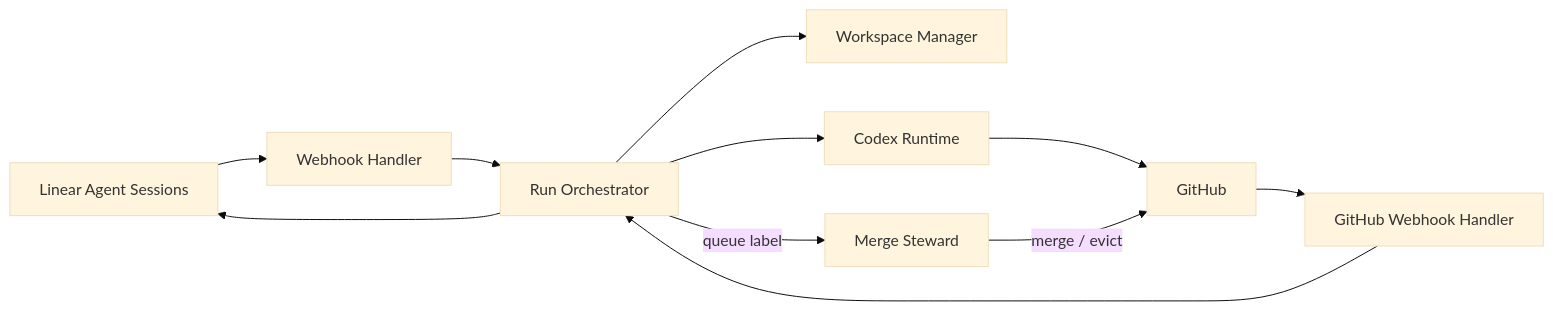
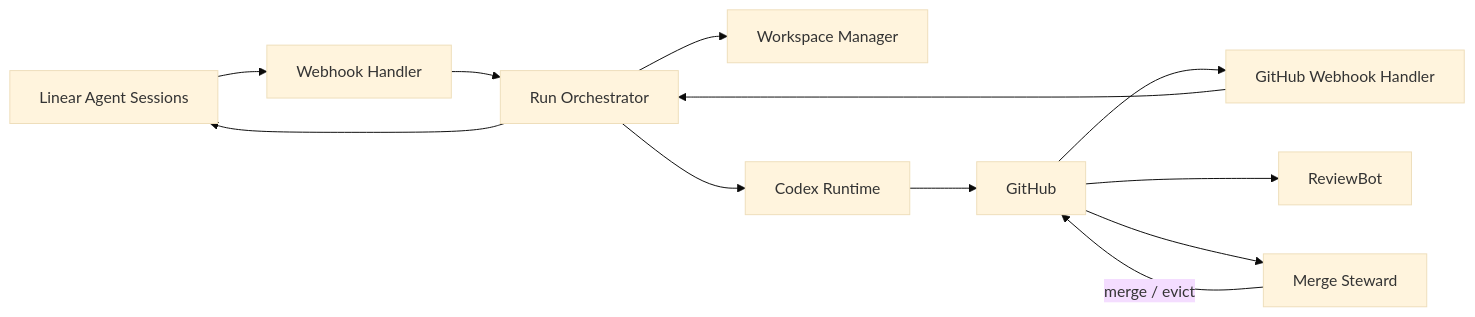
Before and after one commit to krasnoperov/patchrelay: the diagram in ARCHITECTURE.md, drawn with Mermaid (base theme). The commit also changed other lines of this file and 43 other files, not shown here.

````diff
--- a/ARCHITECTURE.md
+++ b/ARCHITECTURE.md
@@ -16,13 +17,14 @@
 ```mermaid
 flowchart LR
   L[Linear Agent Sessions] --> WH[Webhook Handler]
   WH --> RO[Run Orchestrator]
   RO --> W[Workspace Manager]
   RO --> X[Codex Runtime]
   X --> GH[GitHub]
   GH --> GWH[GitHub Webhook Handler]
   GWH --> RO
   RO --> L
-  RO -->|queue label| MS[Merge Steward]
+  GH --> RB[ReviewBot]
+  GH --> MS[Merge Steward]
   MS -->|merge / evict| GH
 ```
````
